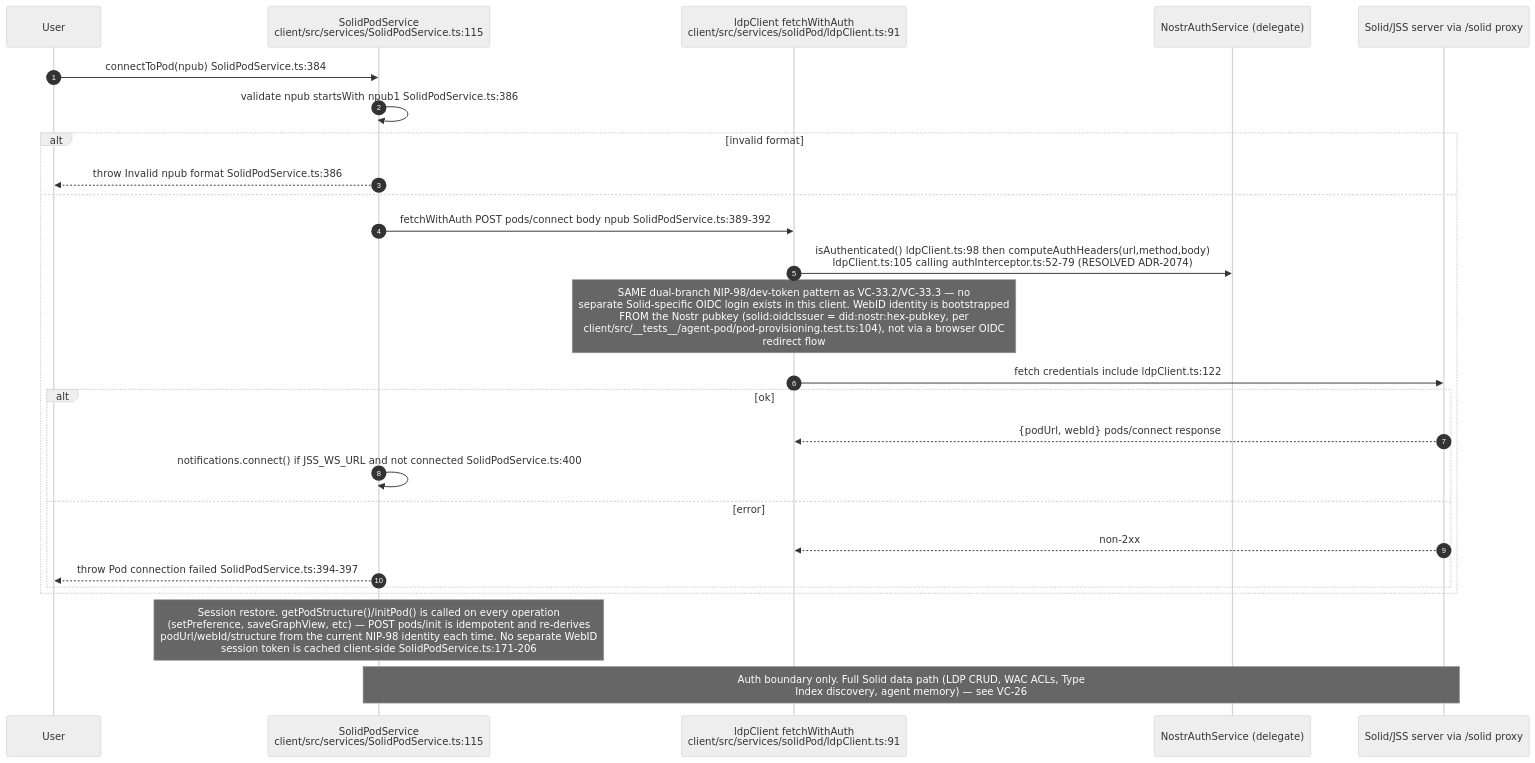
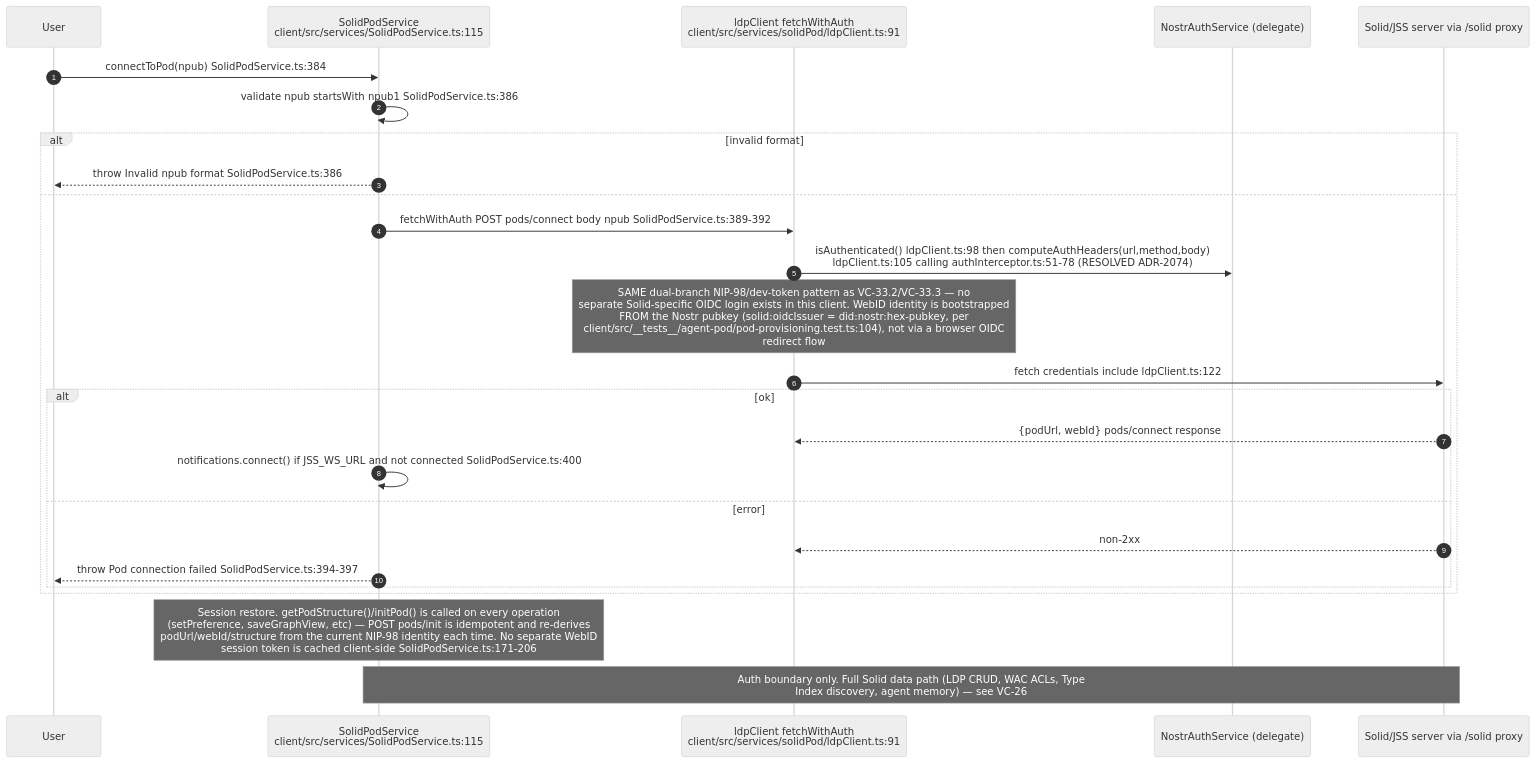
The seventh of 8 diagrams in docs/diagrams/visionclaw/33-client-auth-and-identity.md (DreamLab-AI/VisionFlow), drawn with Mermaid (neutral theme) before and after one commit. The commit also changed other lines of this file and 136 other files, not shown here.

First line of the commit message:
docs(diagrams): refresh the whole corpus to code HEAD and prune low-value diagrams

````diff
--- a/docs/diagrams/visionclaw/33-client-auth-and-identity.md
+++ b/docs/diagrams/visionclaw/33-client-auth-and-identity.md
@@ -331,30 +319,30 @@
 ```mermaid
 sequenceDiagram
     autonumber
     participant U as User
     participant SPS as SolidPodService<br/>client/src/services/SolidPodService.ts:115
     participant LDP as ldpClient fetchWithAuth<br/>client/src/services/solidPod/ldpClient.ts:91
     participant NA as NostrAuthService (delegate)
     participant S as Solid/JSS server via /solid proxy
 
     U->>SPS: connectToPod(npub) SolidPodService.ts:384
     SPS->>SPS: validate npub startsWith npub1 SolidPodService.ts:386
     alt invalid format
         SPS-->>U: throw Invalid npub format SolidPodService.ts:386
     else
         SPS->>LDP: fetchWithAuth POST pods/connect body npub SolidPodService.ts:389-392
-        LDP->>NA: isAuthenticated() ldpClient.ts:98 then computeAuthHeaders(url,method,body)<br/>ldpClient.ts:105 calling authInterceptor.ts:52-79 (RESOLVED ADR-2074)
+        LDP->>NA: isAuthenticated() ldpClient.ts:98 then computeAuthHeaders(url,method,body)<br/>ldpClient.ts:105 calling authInterceptor.ts:51-78 (RESOLVED ADR-2074)
         Note over LDP: SAME dual-branch NIP-98/dev-token pattern as VC-33.2/VC-33.3 — no<br/>separate Solid-specific OIDC login exists in this client. WebID identity is bootstrapped<br/>FROM the Nostr pubkey (solid:oidcIssuer = did:nostr:hex-pubkey, per<br/>client/src/__tests__/agent-pod/pod-provisioning.test.ts:104), not via a browser OIDC<br/>redirect flow
         LDP->>S: fetch credentials include ldpClient.ts:122
         alt ok
             S-->>LDP: {podUrl, webId} pods/connect response
             SPS->>SPS: notifications.connect() if JSS_WS_URL and not connected SolidPodService.ts:400
         else error
             S-->>LDP: non-2xx
             SPS-->>U: throw Pod connection failed SolidPodService.ts:394-397
         end
     end
 
     Note over SPS: Session restore. getPodStructure()/initPod() is called on every operation<br/>(setPreference, saveGraphView, etc) — POST pods/init is idempotent and re-derives<br/>podUrl/webId/structure from the current NIP-98 identity each time. No separate WebID<br/>session token is cached client-side SolidPodService.ts:171-206
     Note over SPS,S: Auth boundary only. Full Solid data path (LDP CRUD, WAC ACLs, Type<br/>Index discovery, agent memory) — see VC-26
 ```
````
